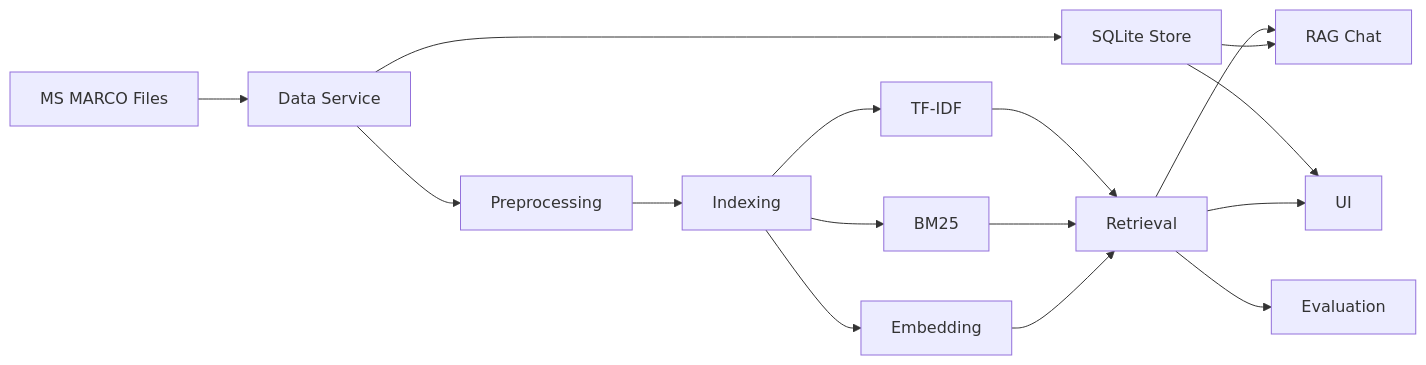
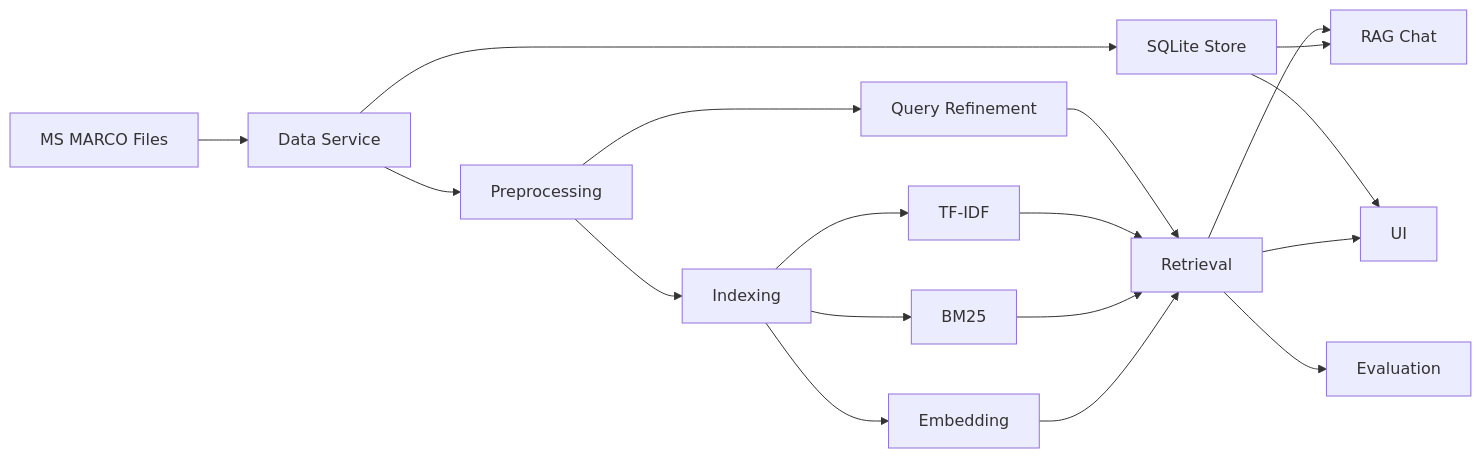
The diagram in reports/report_ar.md (khaderaldiwani/ir_project), drawn with Mermaid before and after one commit. The commit also changed other lines of this file and 15 other files, not shown here.

Commit message:
Finalize report and query refinement

````diff
--- a/reports/report_ar.md
+++ b/reports/report_ar.md
@@ -48,18 +69,20 @@
 ```mermaid
 flowchart LR
     A["MS MARCO Files"] --> B["Data Service"]
     B --> C["SQLite Store"]
     B --> D["Preprocessing"]
     D --> E["Indexing"]
     E --> F["TF-IDF"]
     E --> G["BM25"]
     E --> H["Embedding"]
-    F --> I["Retrieval"]
+    D --> Q["Query Refinement"]
+    Q --> I["Retrieval"]
+    F --> I
     G --> I
     H --> I
     I --> J["Evaluation"]
     I --> K["RAG Chat"]
     C --> K
     C --> L["UI"]
     I --> L
 ```
````
